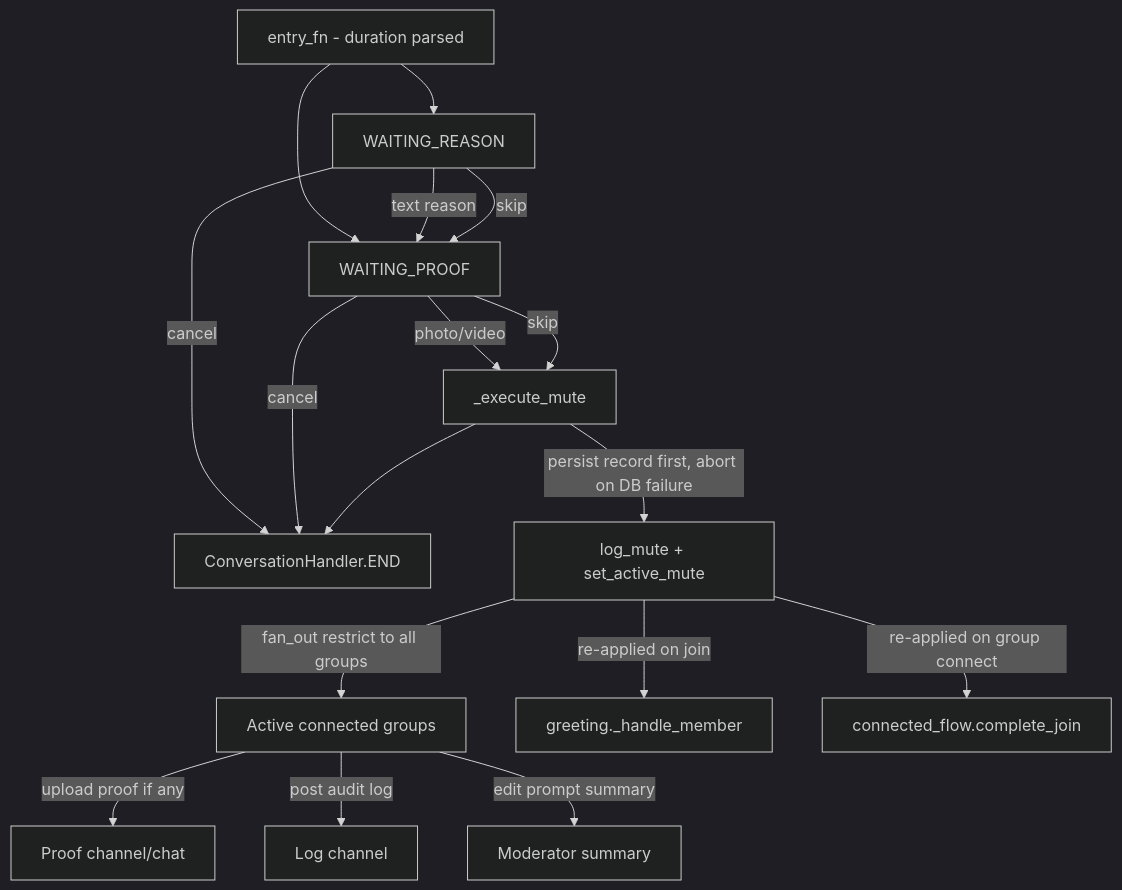
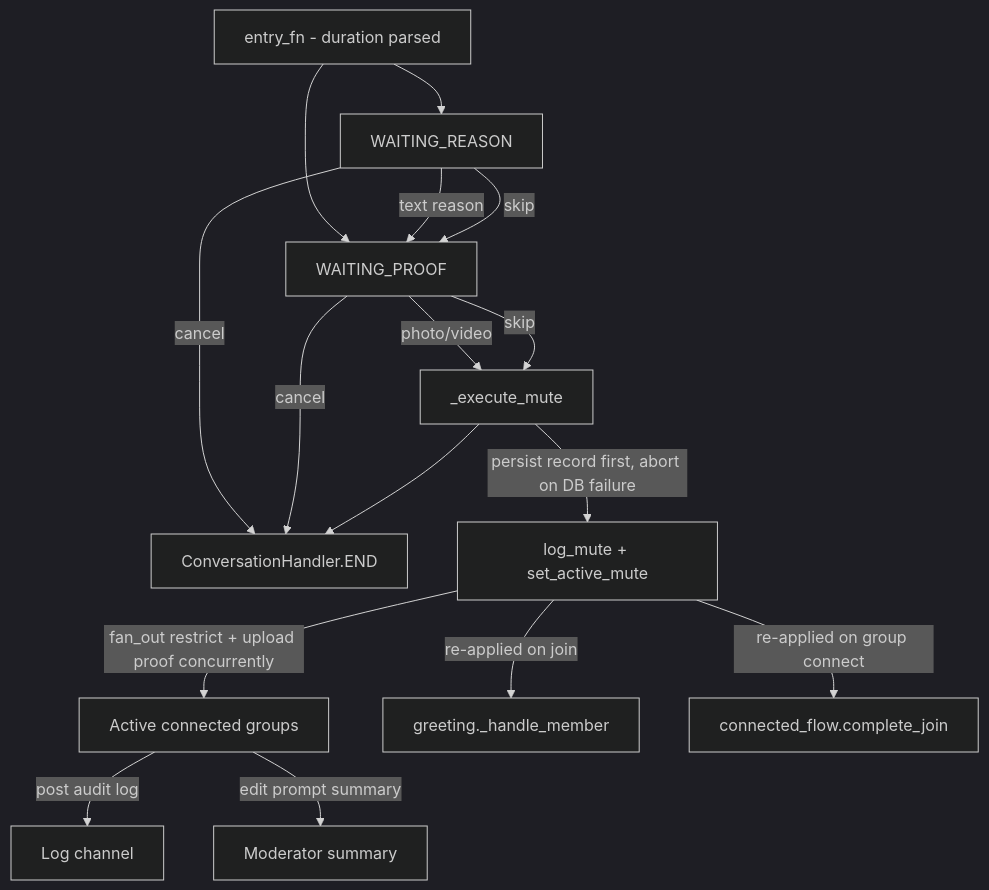
The third of 4 diagrams in docs/architecture/workflows.md (D1ZZY4/tgbot_tcf), drawn with Mermaid (dark theme) before and after one commit. The commit also changed other lines of this file and 10 other files, not shown here.

First line of the commit message:
perf(moderation): concurrent proof upload and shared re-demote

````diff
--- a/docs/architecture/workflows.md
+++ b/docs/architecture/workflows.md
@@ -145,19 +145,18 @@
 ```mermaid
 flowchart TD
     Entry[entry_fn - duration parsed] --> Reason[WAITING_REASON]
     Entry --> Proof[WAITING_PROOF]
     Reason -->|text reason| Proof
     Reason -->|skip| Proof
     Reason -->|cancel| End[ConversationHandler.END]
     Proof -->|photo/video| Exec[_execute_mute]
     Proof -->|skip| Exec
     Proof -->|cancel| End
     Exec -->|persist record first, abort on DB failure| Stored[log_mute + set_active_mute]
-    Stored -->|fan_out restrict to all groups| Groups[Active connected groups]
-    Groups -->|upload proof if any| ProofChat[Proof channel/chat]
+    Stored -->|fan_out restrict + upload proof concurrently| Groups[Active connected groups]
     Groups -->|post audit log| LogChat[Log channel]
     Groups -->|edit prompt summary| Summary[Moderator summary]
     Stored -->|re-applied on join| Join[greeting._handle_member]
     Stored -->|re-applied on group connect| Connect[connected_flow.complete_join]
     Exec --> End
 ```
````
